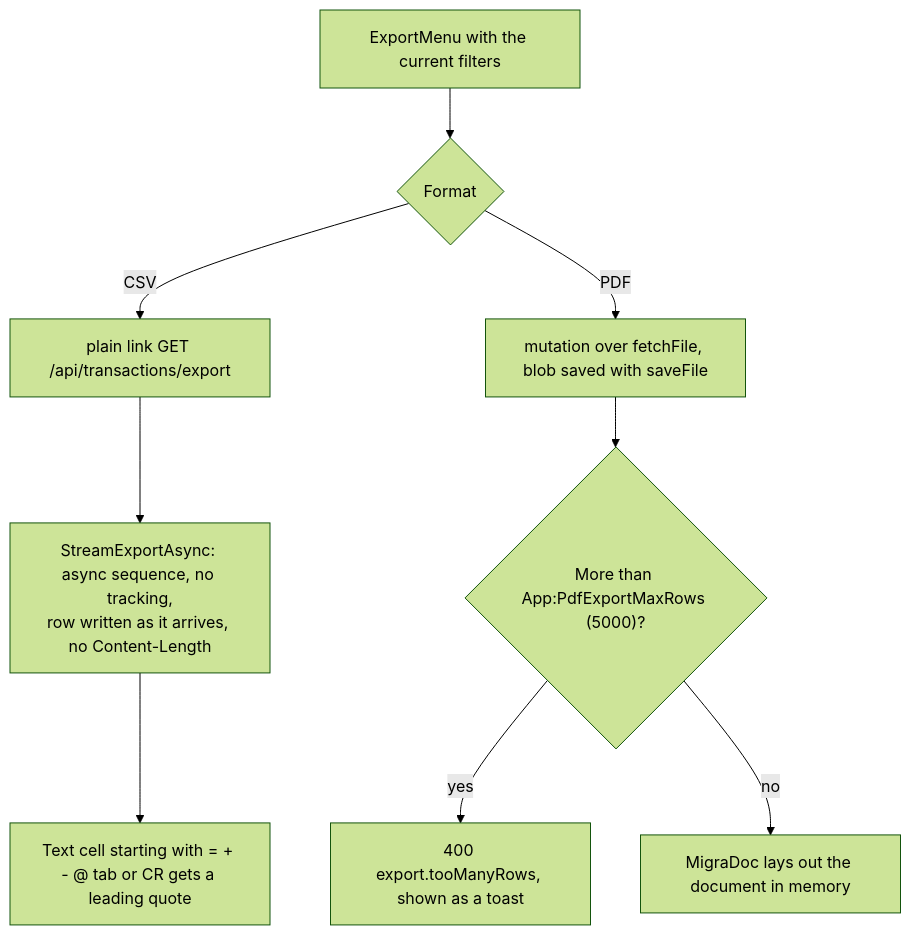
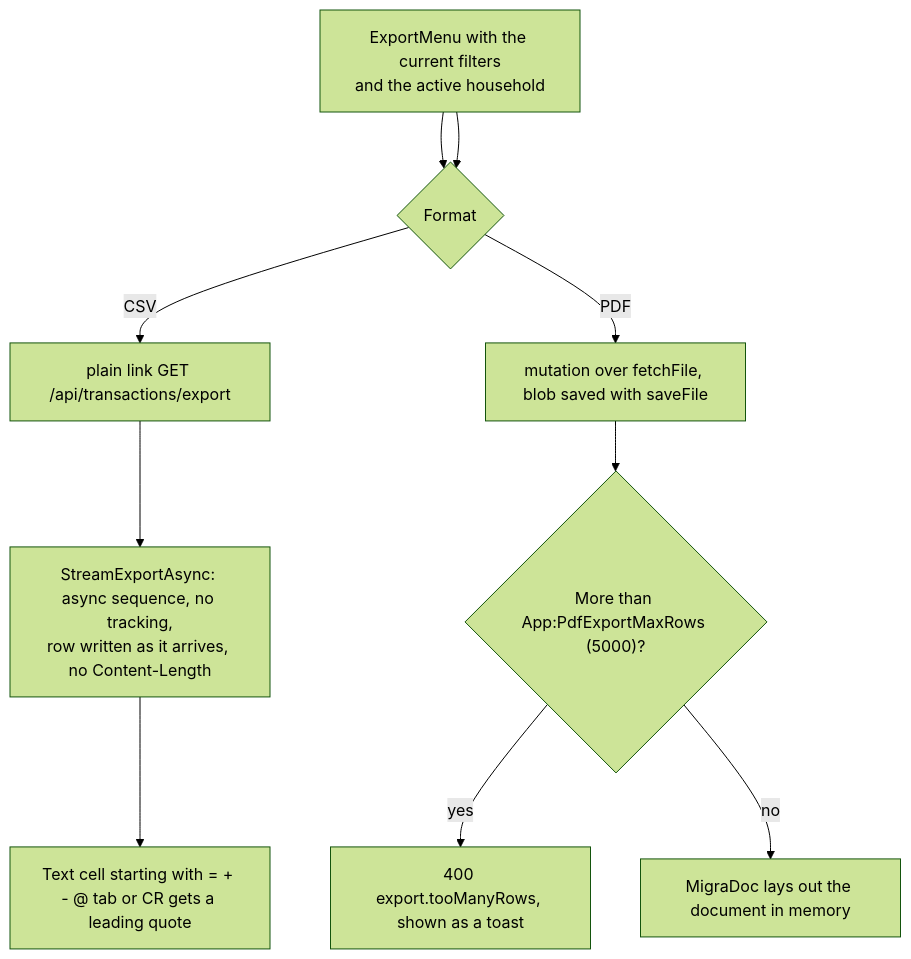
The first of 2 diagrams in docs/features/19. Exports.md (Justxs/Jx-Finance), drawn with Mermaid (forest theme) before and after one commit. The commit also changed other lines of this file and 28 other files, not shown here.

First line of the commit message:
feat(households): add an active household switcher

````diff
--- a/docs/features/19. Exports.md
+++ b/docs/features/19. Exports.md
@@ -5,11 +5,12 @@
 ```mermaid
 flowchart TD
     Menu["ExportMenu with the current filters"] --> Kind{"Format"}
+    Menu["ExportMenu with the current filters<br/>and the active household"] --> Kind{"Format"}
     Kind -->|"CSV"| Link["plain link GET /api/transactions/export"]
     Link --> Stream["StreamExportAsync: async sequence, no tracking,<br/>row written as it arrives, no Content-Length"]
     Stream --> Guard["Text cell starting with = + - @ tab or CR gets a leading quote"]
     Kind -->|"PDF"| Fetch["mutation over fetchFile, blob saved with saveFile"]
     Fetch --> Cap{"More than App:PdfExportMaxRows (5000)?"}
     Cap -->|"yes"| Too["400 export.tooManyRows, shown as a toast"]
     Cap -->|"no"| Pdf["MigraDoc lays out the document in memory"]
 ```
````
